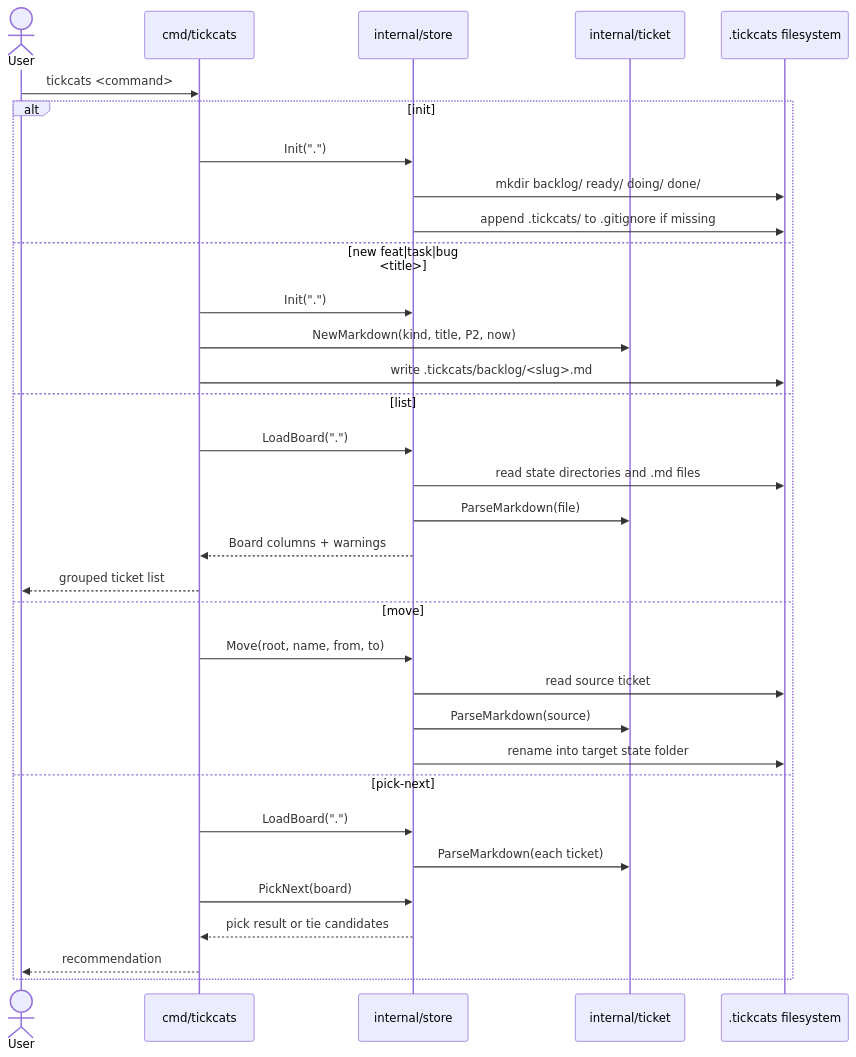
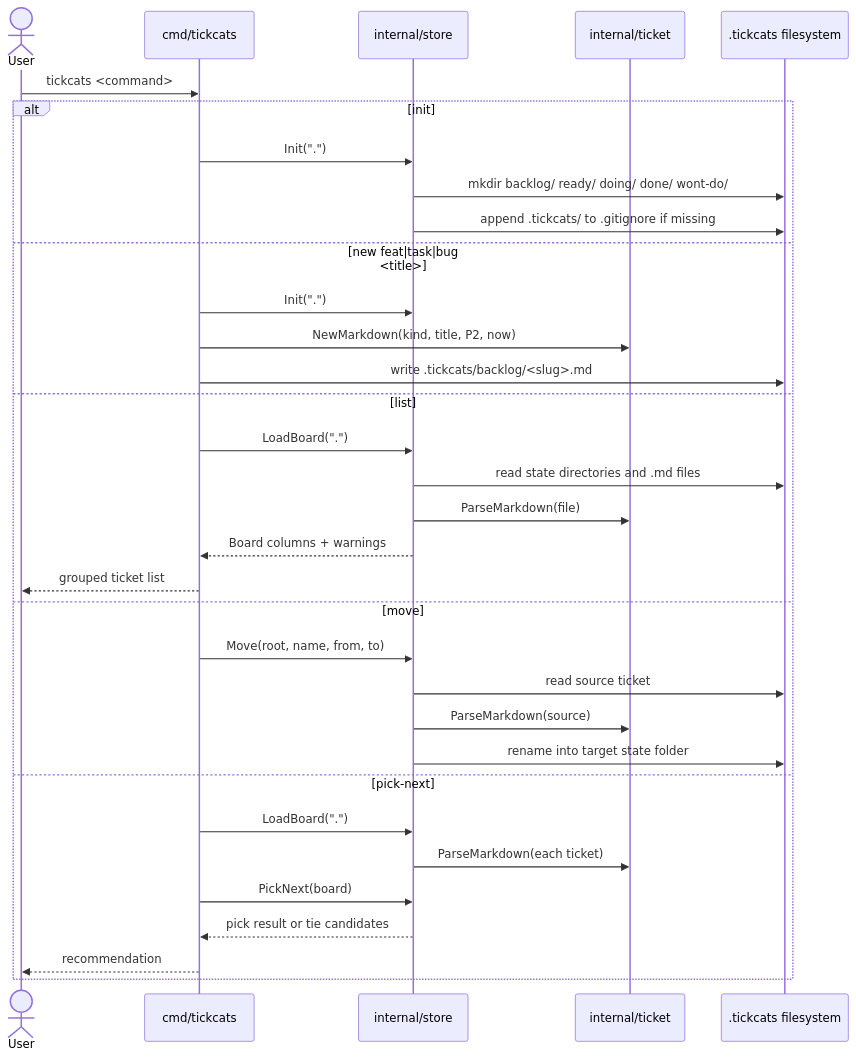
The fourth of 7 diagrams in docs/architecture.md (dawidsok/tickcats), drawn with Mermaid before and after one commit. The commit also changed other lines of this file and 10 other files, not shown here.

````diff
--- a/docs/architecture.md
+++ b/docs/architecture.md
@@ -58,36 +60,36 @@
 ```mermaid
 sequenceDiagram
     actor User
     participant CLI as cmd/tickcats
     participant Store as internal/store
     participant Ticket as internal/ticket
     participant FS as .tickcats filesystem
 
     User->>CLI: tickcats <command>
     alt init
         CLI->>Store: Init(".")
-        Store->>FS: mkdir backlog/ ready/ doing/ done/
+        Store->>FS: mkdir backlog/ ready/ doing/ done/ wont-do/
         Store->>FS: append .tickcats/ to .gitignore if missing
     else new feat|task|bug <title>
         CLI->>Store: Init(".")
         CLI->>Ticket: NewMarkdown(kind, title, P2, now)
         CLI->>FS: write .tickcats/backlog/<slug>.md
     else list
         CLI->>Store: LoadBoard(".")
         Store->>FS: read state directories and .md files
         Store->>Ticket: ParseMarkdown(file)
         Store-->>CLI: Board columns + warnings
         CLI-->>User: grouped ticket list
     else move
         CLI->>Store: Move(root, name, from, to)
         Store->>FS: read source ticket
         Store->>Ticket: ParseMarkdown(source)
         Store->>FS: rename into target state folder
     else pick-next
         CLI->>Store: LoadBoard(".")
         Store->>Ticket: ParseMarkdown(each ticket)
         CLI->>Store: PickNext(board)
         Store-->>CLI: pick result or tie candidates
         CLI-->>User: recommendation
     end
 ```
````
